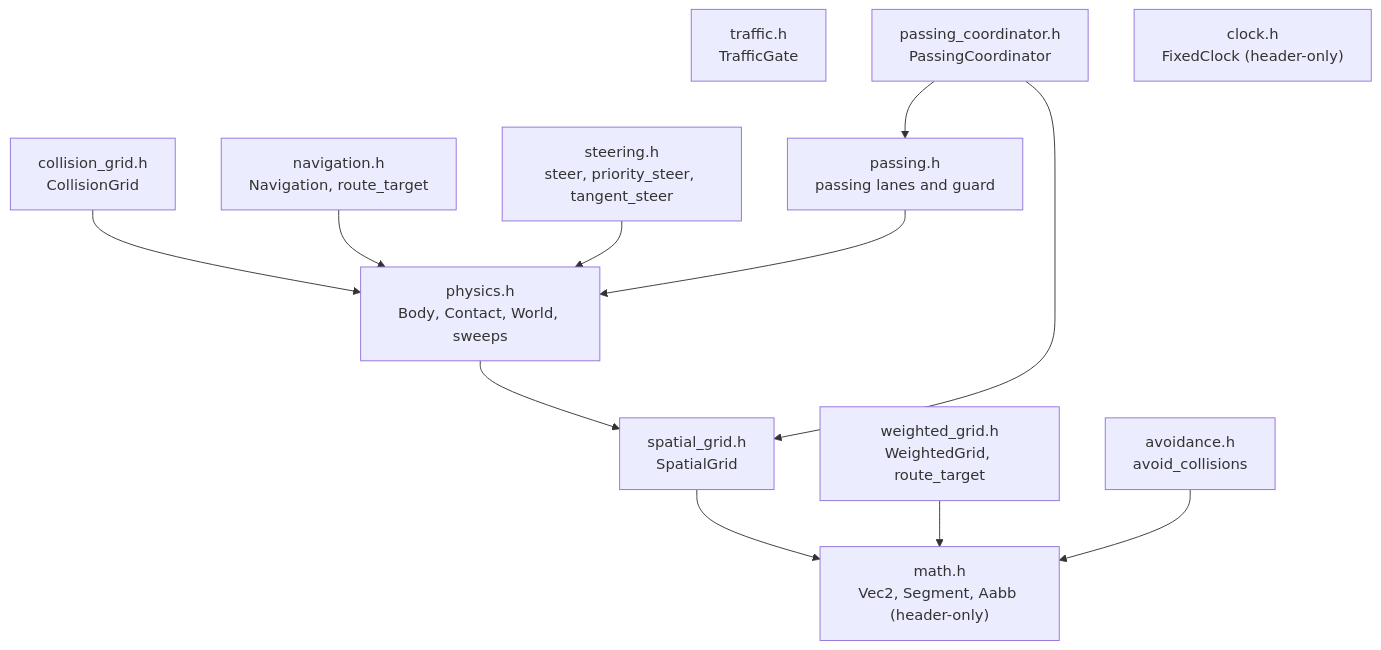
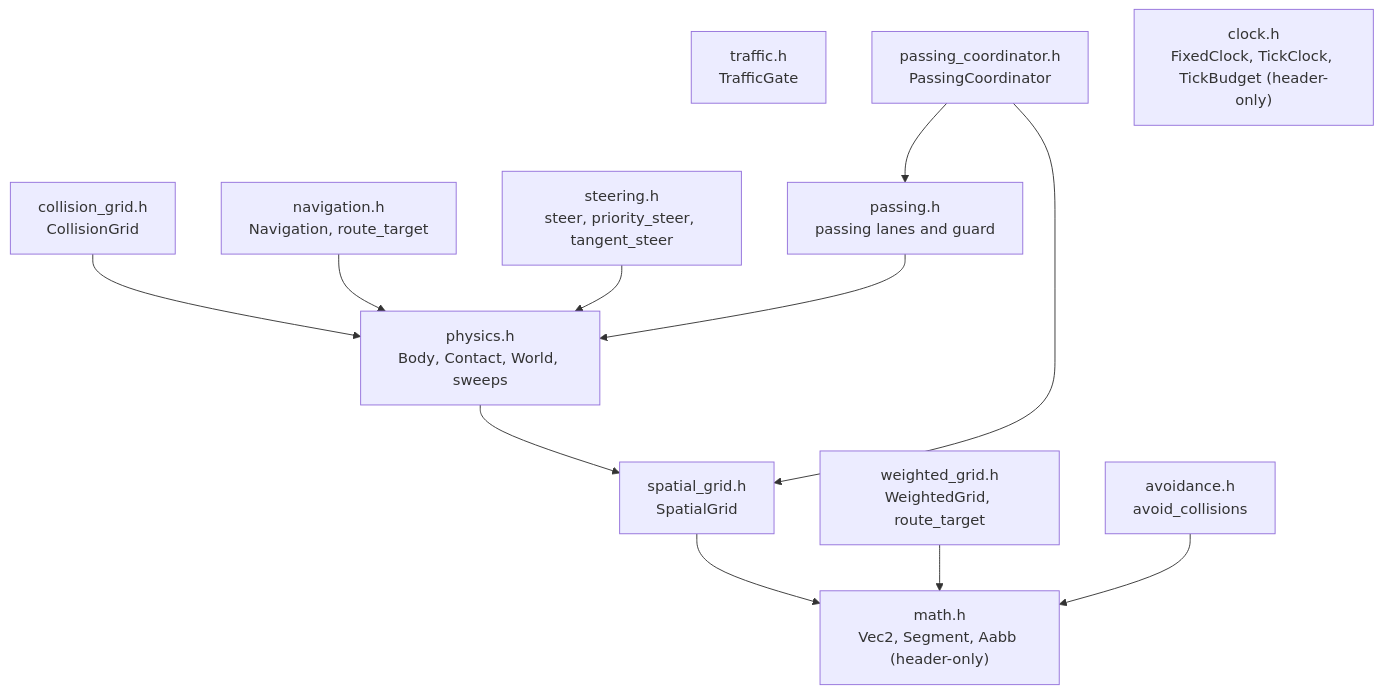
One commit to SMB-M87/Kinetra changed the first of 2 diagrams in src/simulation/README.md. Above: the diagram before and after it, drawn with Mermaid. The commit also changed other lines of this file and 12 other files, not shown here.

````diff
--- a/src/simulation/README.md
+++ b/src/simulation/README.md
@@ -41,25 +41,25 @@
 ```mermaid
 flowchart TD
     Math["math.h<br/>Vec2, Segment, Aabb (header-only)"]
     Grid["spatial_grid.h<br/>SpatialGrid"]
     Physics["physics.h<br/>Body, Contact, World, sweeps"]
     CGrid["collision_grid.h<br/>CollisionGrid"]
     Nav["navigation.h<br/>Navigation, route_target"]
     WGrid["weighted_grid.h<br/>WeightedGrid, route_target"]
     Steer["steering.h<br/>steer, priority_steer, tangent_steer"]
     Avoid["avoidance.h<br/>avoid_collisions"]
     Traffic["traffic.h<br/>TrafficGate"]
     Passing["passing.h<br/>passing lanes and guard"]
     Coordinator["passing_coordinator.h<br/>PassingCoordinator"]
-    Clock["clock.h<br/>FixedClock (header-only)"]
+    Clock["clock.h<br/>FixedClock, TickClock, TickBudget (header-only)"]
     Grid --> Math
     Physics --> Grid
     CGrid --> Physics
     Nav --> Physics
     Steer --> Physics
     WGrid --> Math
     Avoid --> Math
     Passing --> Physics
     Coordinator --> Passing
     Coordinator --> Grid
 ```
````
